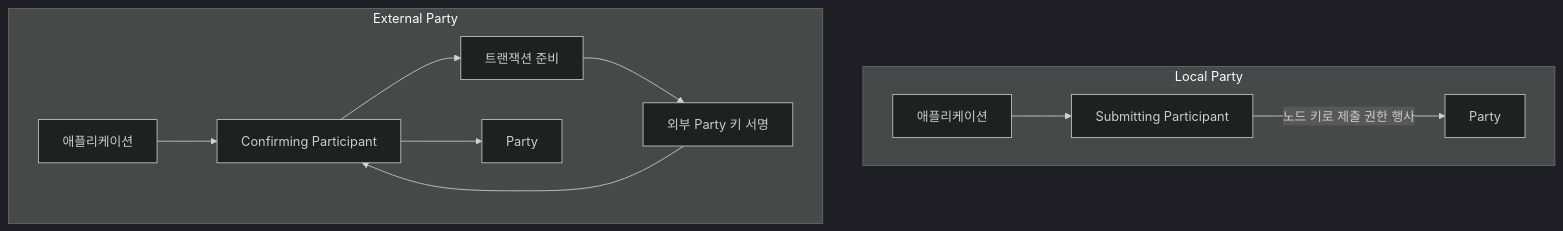
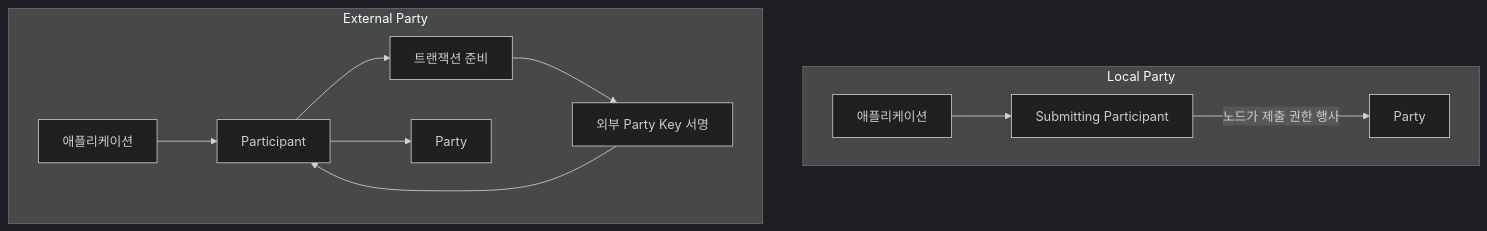
The fourth of 4 diagrams in blockchain-manager/docs/온보딩/Canton Network/02-party-participant-synchronizer.md (eunsujeo/eunpus), drawn with Mermaid (dark theme) before and after one commit. The commit also changed other lines of this file and 24 other files, not shown here.

````diff
--- a/blockchain-manager/docs/온보딩/Canton Network/02-party-participant-synchronizer.md
+++ b/blockchain-manager/docs/온보딩/Canton Network/02-party-participant-synchronizer.md
@@ -117,14 +157,15 @@
 ```mermaid
 flowchart TB
     subgraph LOCAL[Local Party]
       APP1[애플리케이션] --> PN1[Submitting Participant]
-      PN1 -->|노드 키로 제출 권한 행사| PARTY1[Party]
+      PN1 -->|노드가 제출 권한 행사| PARTY1[Party]
     end
+
     subgraph EXTERNAL[External Party]
-      APP2[애플리케이션] --> PN2[Confirming Participant]
+      APP2[애플리케이션] --> PN2[Participant]
       PN2 --> PREP[트랜잭션 준비]
-      PREP --> KEY[외부 Party 키 서명]
+      PREP --> KEY[외부 Party Key 서명]
       KEY --> PN2
       PN2 --> PARTY2[Party]
     end
 ```
````
